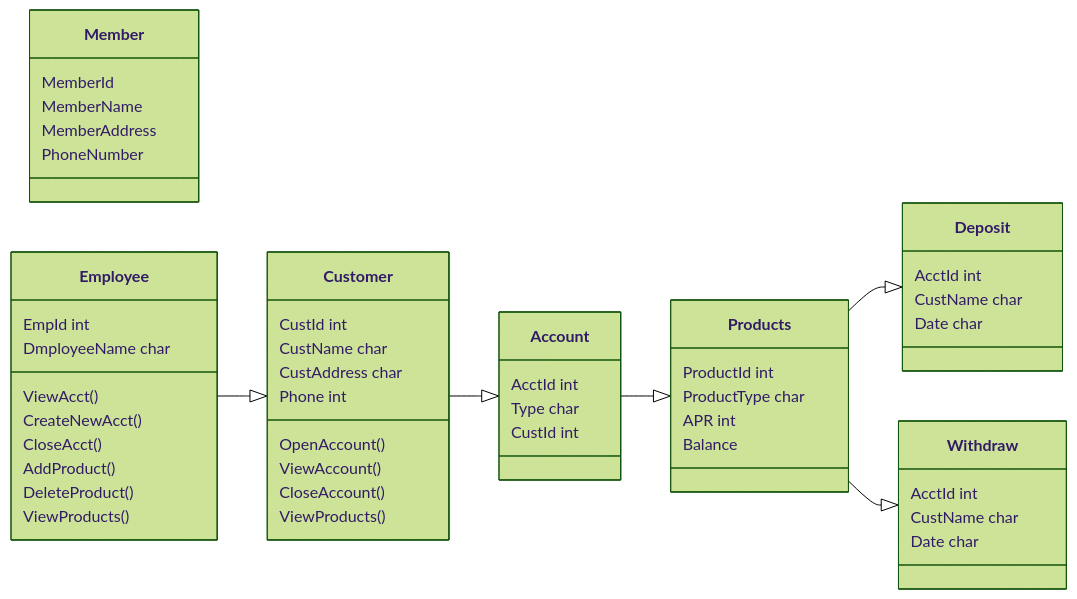
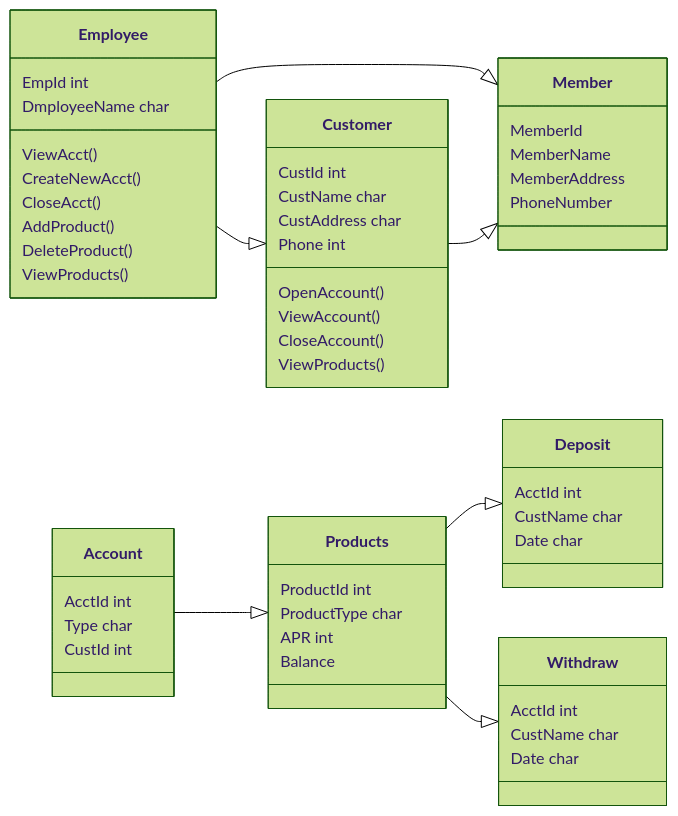
One commit to Marcus-Snell/Test changed the diagram in mermaid.md. Above: the diagram before and after it, drawn with Mermaid (forest theme).

````diff
--- a/mermaid.md
+++ b/mermaid.md
@@ -1,54 +1,54 @@
 ```mermaid
 classDiagram
 direction LR
 Member
 Member : MemberId
 Member : MemberName
 Member : MemberAddress
 Member : PhoneNumber
 
-Employee
+Employee --|> Member
 Employee : EmpId int
 Employee : DmployeeName char
 Employee : ViewAcct()
 Employee : CreateNewAcct()
 Employee : CloseAcct()
 Employee : AddProduct()
 Employee : DeleteProduct()
 Employee : ViewProducts()
   
 
-Customer --|> Account
+Customer --|> Member
 Customer : CustId int
 Customer : CustName char
 Customer : CustAddress char
 Customer : Phone int
 Customer : OpenAccount()
 Customer : ViewAccount()
 Customer : CloseAccount()
 Customer : ViewProducts()
 
 Account --|> Products
 Account : AcctId int
 Account : Type char
 Account : CustId int
 
 Deposit
 Deposit : AcctId int
 Deposit : CustName char
 Deposit : Date char
 
 Withdraw
 Withdraw : AcctId int
 Withdraw : CustName char
 Withdraw : Date char
 
 Products --|> Deposit
 Products --|> Withdraw
 Products : ProductId int
 Products : ProductType char
 Products : APR int
 Products : Balance
 
 Employee --|> Customer
 ```
````
